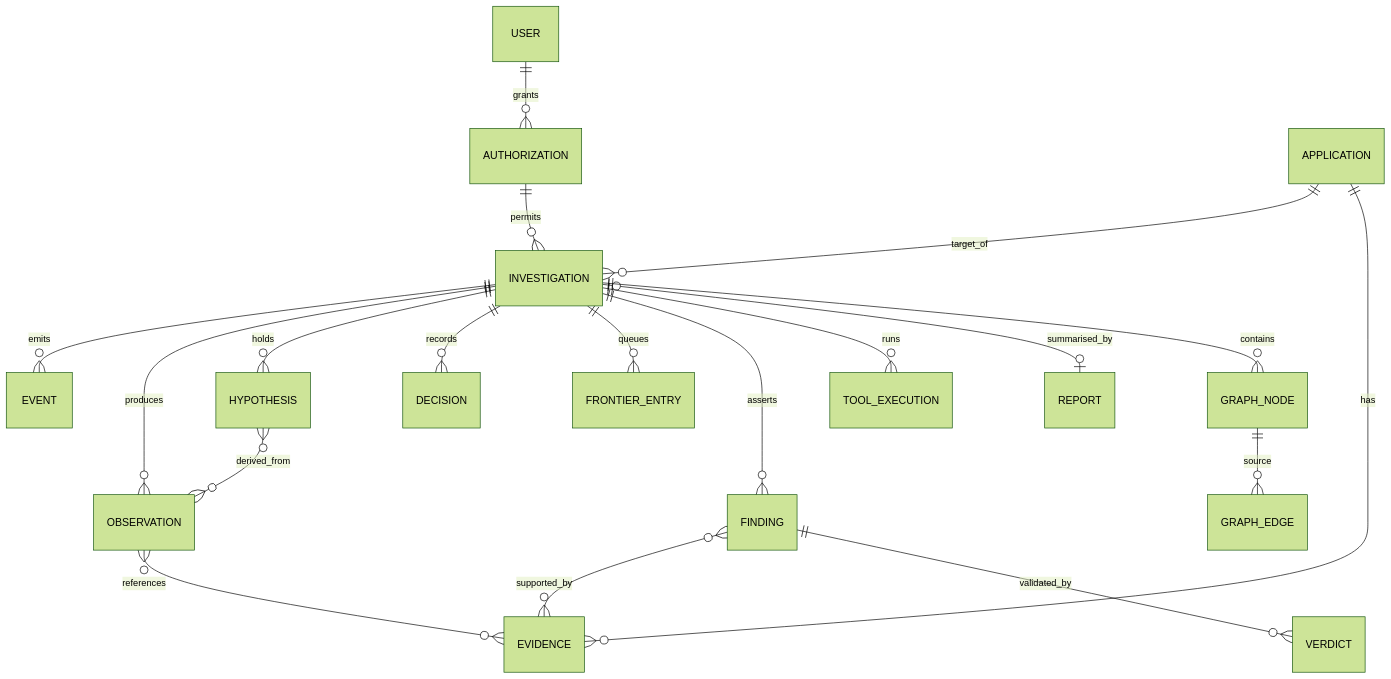
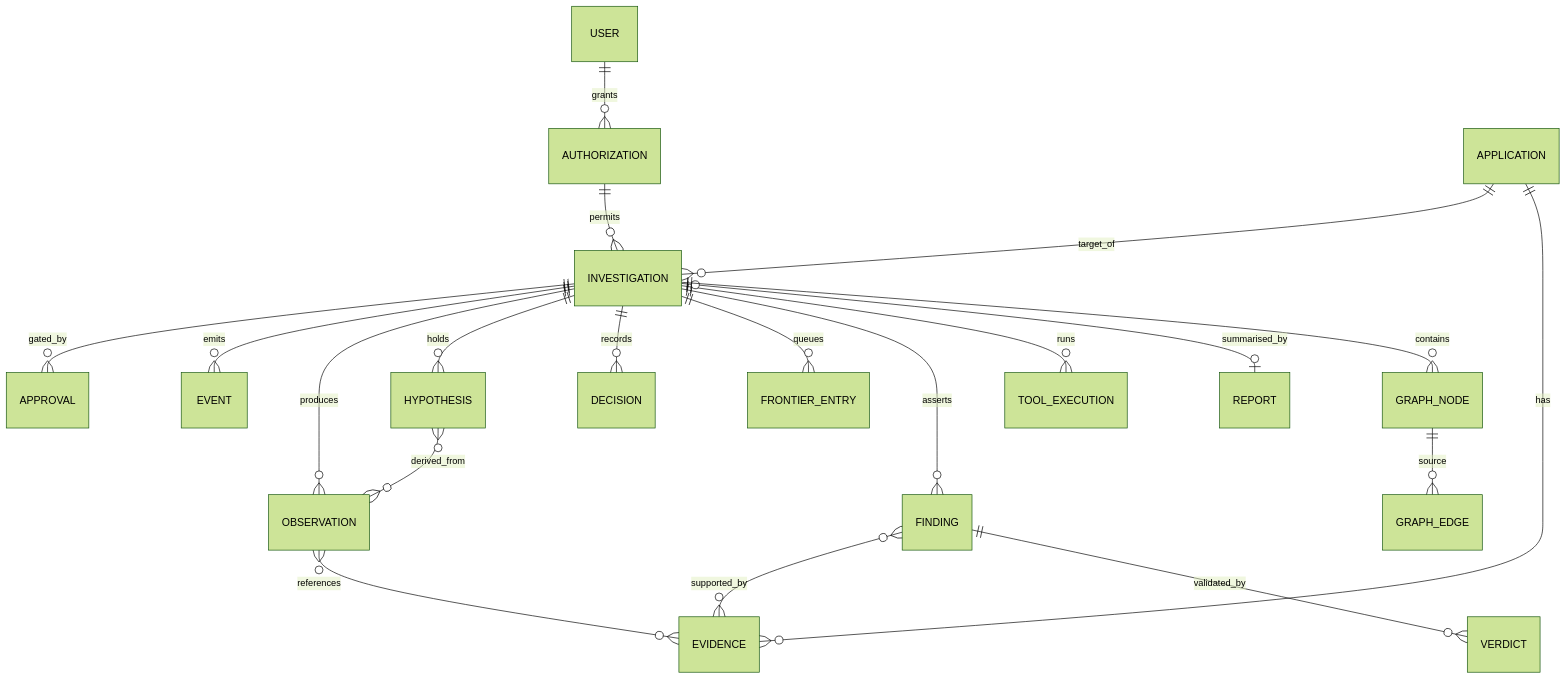
One commit to me5wayecdv/MOBIUS-AI changed the diagram in docs/DATABASE_SCHEMA.md. Above: the diagram before and after it, drawn with Mermaid (forest theme). The commit also changed other lines of this file and 11 other files, not shown here.

````diff
--- a/docs/DATABASE_SCHEMA.md
+++ b/docs/DATABASE_SCHEMA.md
@@ -24,21 +24,22 @@
 ```mermaid
 erDiagram
     USER ||--o{ AUTHORIZATION : grants
     AUTHORIZATION ||--o{ INVESTIGATION : permits
+    INVESTIGATION ||--o{ APPROVAL : gated_by
     APPLICATION ||--o{ INVESTIGATION : target_of
     APPLICATION ||--o{ EVIDENCE : has
     INVESTIGATION ||--o{ EVENT : emits
     INVESTIGATION ||--o{ OBSERVATION : produces
     INVESTIGATION ||--o{ HYPOTHESIS : holds
     INVESTIGATION ||--o{ DECISION : records
     INVESTIGATION ||--o{ FRONTIER_ENTRY : queues
     INVESTIGATION ||--o{ FINDING : asserts
     INVESTIGATION ||--o{ TOOL_EXECUTION : runs
     INVESTIGATION o|--o| REPORT : summarised_by
     OBSERVATION }o--o{ EVIDENCE : references
     HYPOTHESIS }o--o{ OBSERVATION : derived_from
     FINDING }o--o{ EVIDENCE : supported_by
     FINDING ||--o{ VERDICT : validated_by
     INVESTIGATION ||--o{ GRAPH_NODE : contains
     GRAPH_NODE ||--o{ GRAPH_EDGE : source
 ```
````
